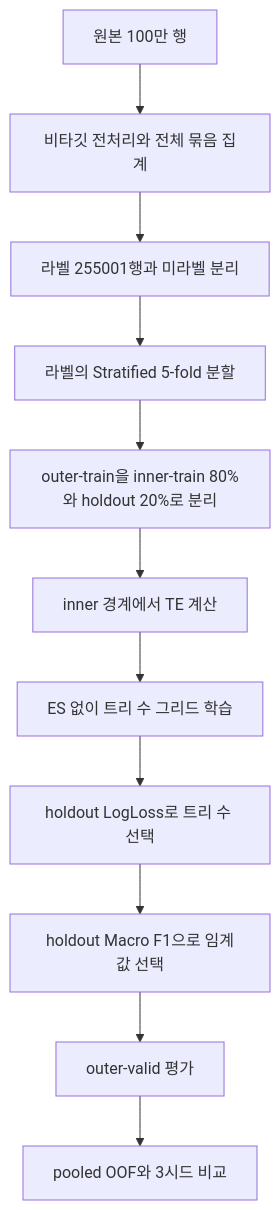
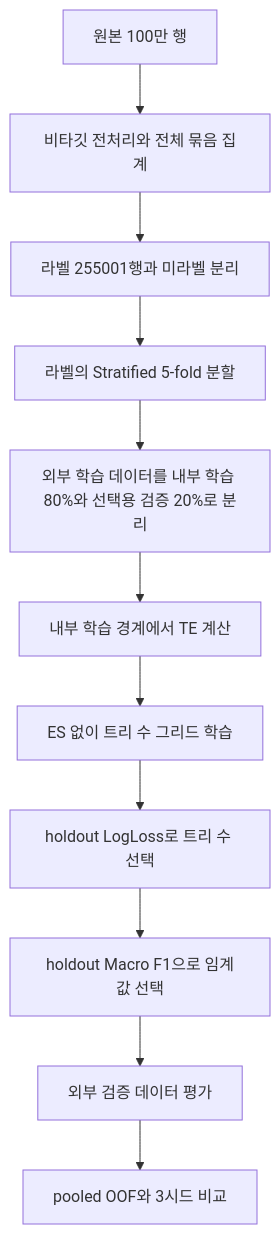
The second of 3 diagrams in README.md (Peter-jackson12/Airplane), drawn with Mermaid before and after one commit. The commit also changed other lines of this file and 4 other files, not shown here.

````diff
--- a/README.md
+++ b/README.md
@@ -130,13 +132,13 @@
 ```mermaid
 flowchart TD
     A[원본 100만 행] --> B[비타깃 전처리와 전체 묶음 집계]
     B --> C[라벨 255001행과 미라벨 분리]
     C --> D[라벨의 Stratified 5-fold 분할]
-    D --> E[outer-train을 inner-train 80%와 holdout 20%로 분리]
-    E --> F[inner 경계에서 TE 계산]
+    D --> E["외부 학습 데이터를 내부 학습 80%와 선택용 검증 20%로 분리"]
+    E --> F["내부 학습 경계에서 TE 계산"]
     F --> G[ES 없이 트리 수 그리드 학습]
     G --> H[holdout LogLoss로 트리 수 선택]
     H --> I[holdout Macro F1으로 임계값 선택]
-    I --> J[outer-valid 평가]
+    I --> J["외부 검증 데이터 평가"]
     J --> K[pooled OOF와 3시드 비교]
 ```
````
